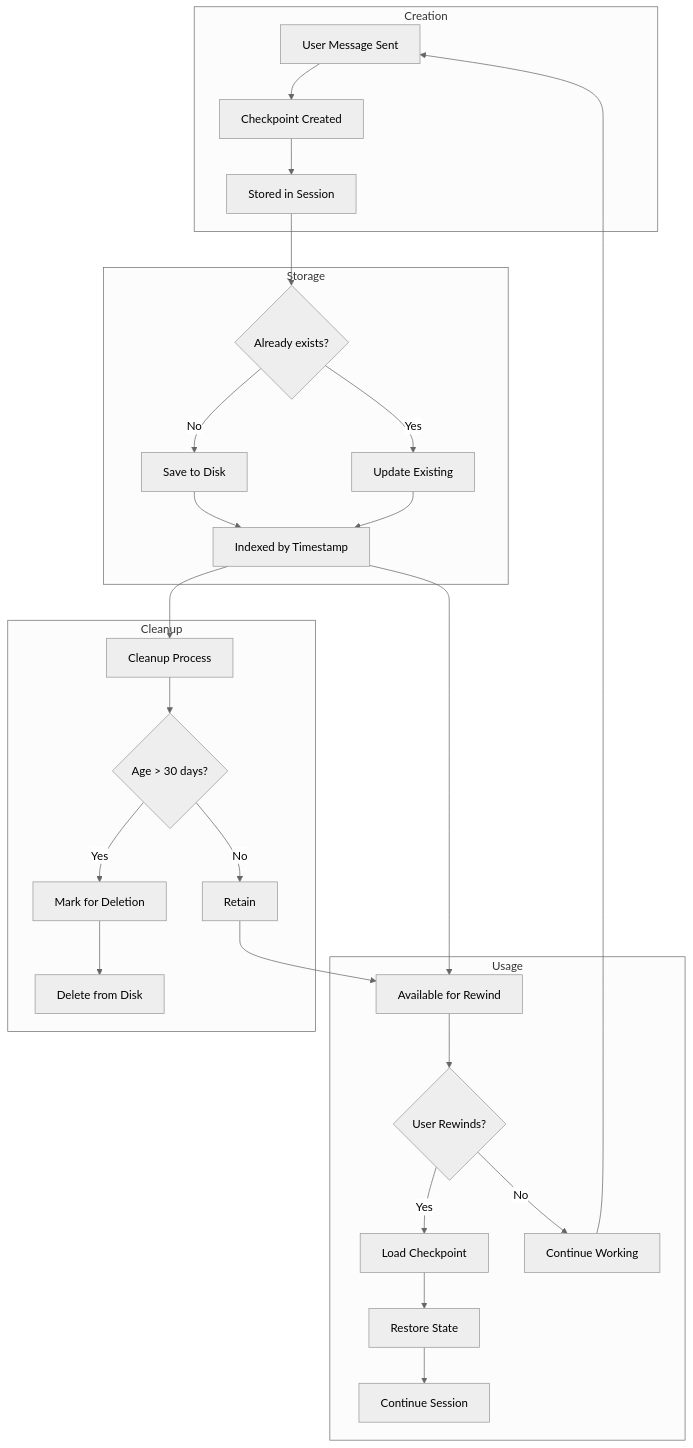
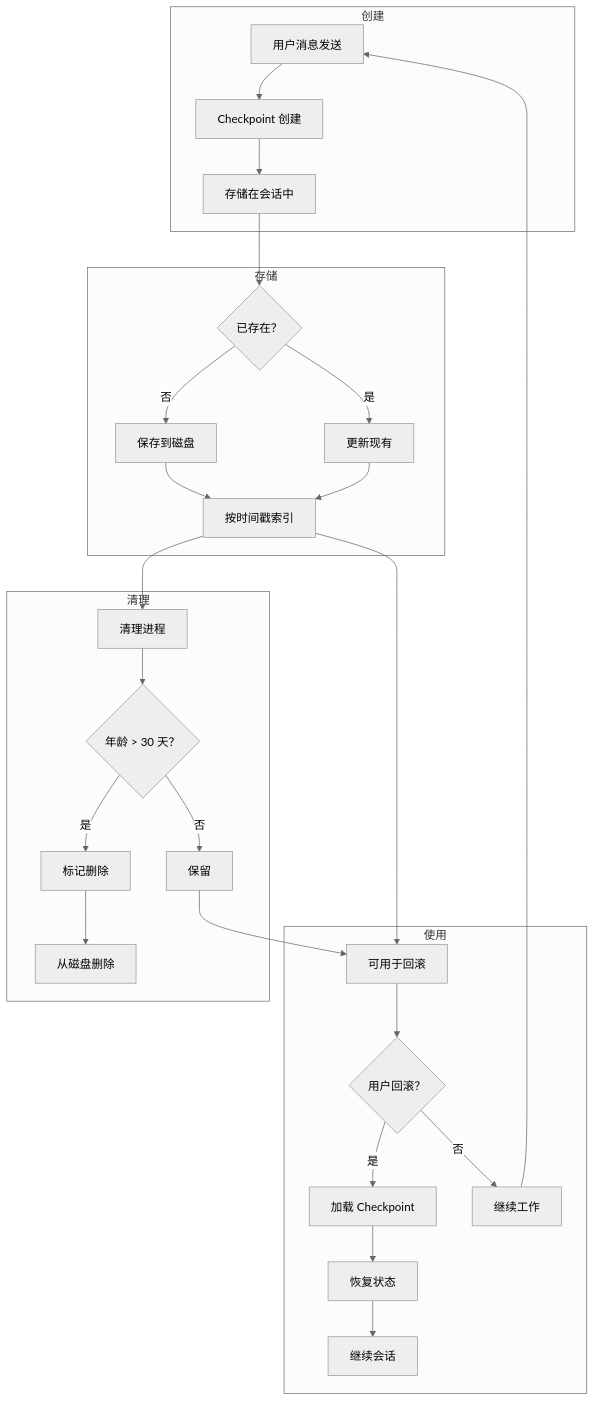
One commit to hellojoju/claude-code-lesson changed the sixth of 7 diagrams in 08-checkpoints/README.md. Above: the diagram before and after it, drawn with Mermaid (neutral theme). The commit also changed other lines of this file and 9 other files, not shown here.

````diff
--- a/08-checkpoints/README.md
+++ b/08-checkpoints/README.md
@@ -514,35 +514,35 @@
 ```mermaid
 flowchart TD
-    subgraph Creation
-        A[User Message Sent] --> B[Checkpoint Created]
-        B --> C[Stored in Session]
+    subgraph Creation[创建]
+        A[用户消息发送] --> B[Checkpoint 创建]
+        B --> C[存储在会话中]
     end
     
-    subgraph Storage
-        C --> D{Already exists?}
-        D -->|No| E[Save to Disk]
-        D -->|Yes| F[Update Existing]
-        E --> G[Indexed by Timestamp]
+    subgraph Storage[存储]
+        C --> D{已存在？}
+        D -->|否| E[保存到磁盘]
+        D -->|是| F[更新现有]
+        E --> G[按时间戳索引]
         F --> G
     end
     
-    subgraph Usage
-        G --> H[Available for Rewind]
-        H --> I{User Rewinds?}
-        I -->|Yes| J[Load Checkpoint]
-        J --> K[Restore State]
-        K --> L[Continue Session]
-        I -->|No| M[Continue Working]
+    subgraph Usage[使用]
+        G --> H[可用于回滚]
+        H --> I{用户回滚？}
+        I -->|是| J[加载 Checkpoint]
+        J --> K[恢复状态]
+        K --> L[继续会话]
+        I -->|否| M[继续工作]
         M --> A
     end
     
-    subgraph Cleanup
-        N[Cleanup Process] --> O{Age > 30 days?}
-        O -->|Yes| P[Mark for Deletion]
-        O -->|No| Q[Retain]
-        P --> R[Delete from Disk]
+    subgraph Cleanup[清理]
+        N[清理进程] --> O{年龄 > 30 天？}
+        O -->|是| P[标记删除]
+        O -->|否| Q[保留]
+        P --> R[从磁盘删除]
         Q --> H
     end
     
     G --> N
 ```
````
